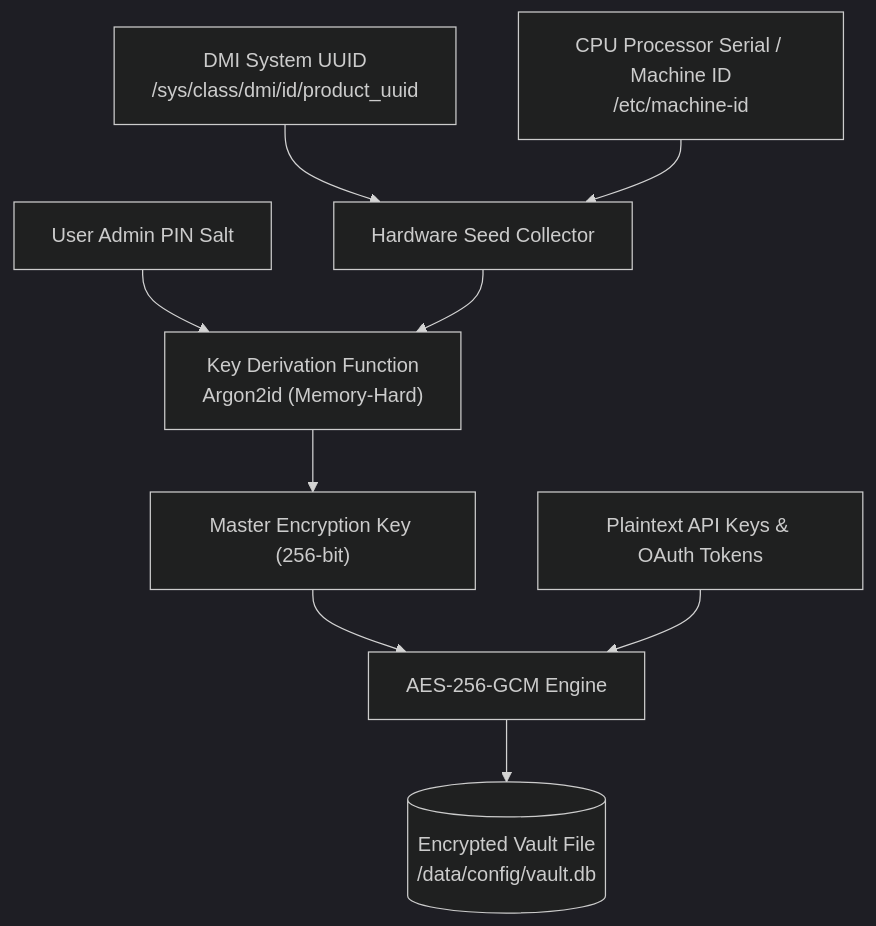
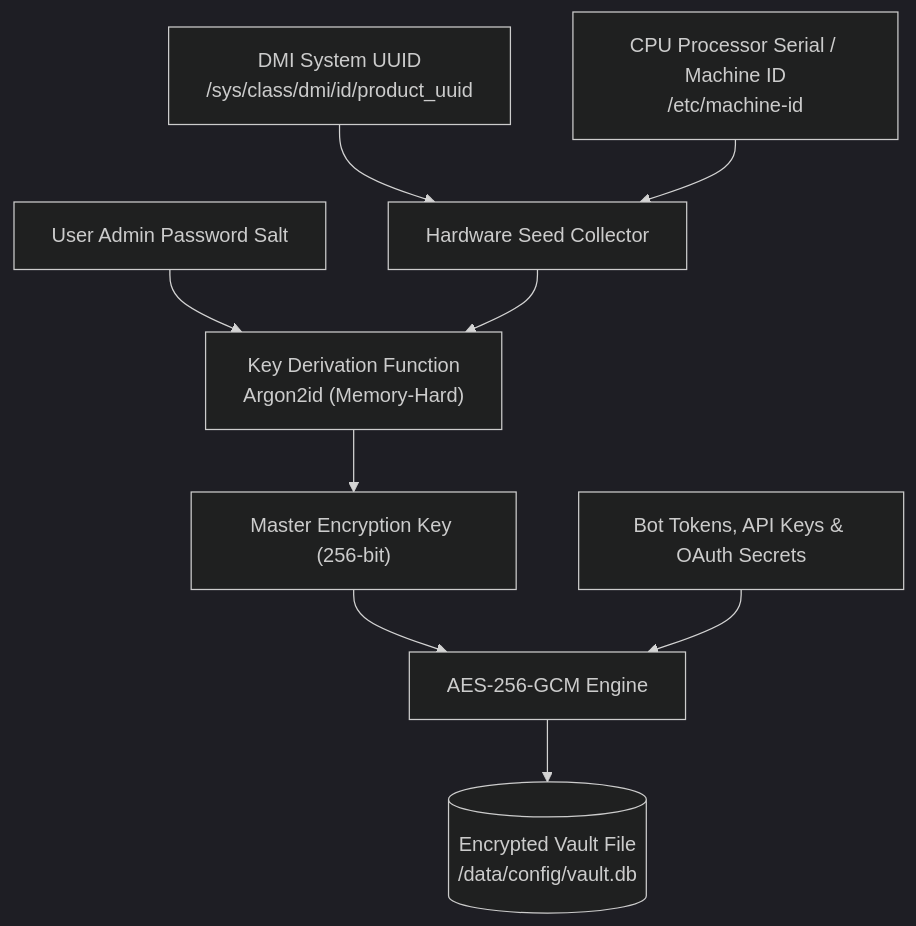
The first of 2 diagrams in docs/advanced-architecture/hardware-vault-security.mdx (actonos/docs), drawn with Mermaid (dark theme) before and after one commit. The commit also changed other lines of this file and 57 other files, not shown here.

````diff
--- a/docs/advanced-architecture/hardware-vault-security.mdx
+++ b/docs/advanced-architecture/hardware-vault-security.mdx
@@ -12,11 +12,11 @@
 ```mermaid
 flowchart TD
     A["DMI System UUID<br/>/sys/class/dmi/id/product_uuid"] --> C["Hardware Seed Collector"]
     B["CPU Processor Serial / Machine ID<br/>/etc/machine-id"] --> C
-    D["User Admin PIN Salt"] --> E["Key Derivation Function<br/>Argon2id (Memory-Hard)"]
+    D["User Admin Password Salt"] --> E["Key Derivation Function<br/>Argon2id (Memory-Hard)"]
     C --> E
     E --> F["Master Encryption Key (256-bit)"]
     F --> G["AES-256-GCM Engine"]
-    H["Plaintext API Keys & OAuth Tokens"] --> G
+    H["Bot Tokens, API Keys & OAuth Secrets"] --> G
     G --> I[("Encrypted Vault File<br/>/data/config/vault.db")]
 ```
````
